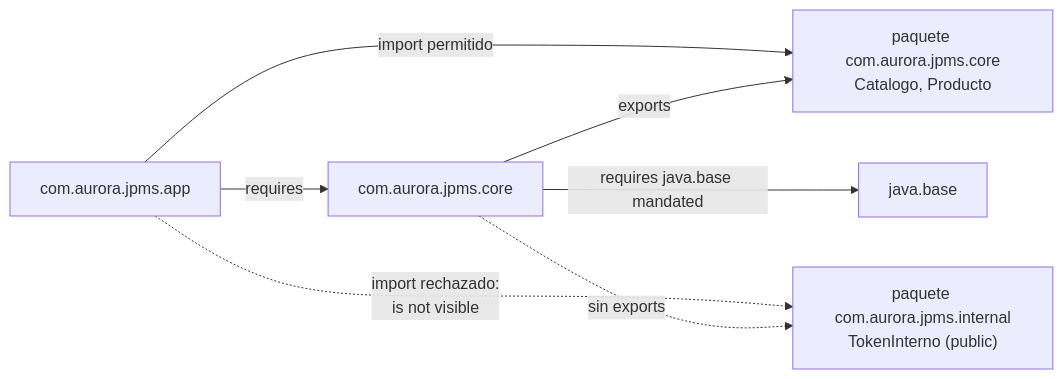
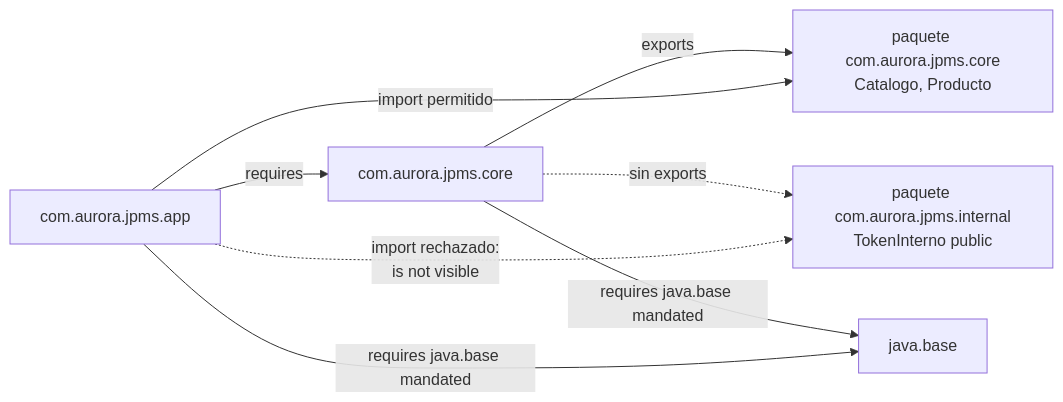
The first of 3 diagrams in web/public/content/java/modulo-10.md (NICORUIZ93/The_Imperial_Book), drawn with Mermaid before and after one commit. The commit also changed other lines of this file and 65 other files, not shown here.

````diff
--- a/web/public/content/java/modulo-10.md
+++ b/web/public/content/java/modulo-10.md
@@ -134,9 +155,10 @@
 ```mermaid
 flowchart LR
   APP["com.aurora.jpms.app"] -- "requires" --> CORE["com.aurora.jpms.core"]
   CORE -- "exports" --> API["paquete com.aurora.jpms.core<br/>Catalogo, Producto"]
-  CORE -. "sin exports" .-> INT["paquete com.aurora.jpms.internal<br/>TokenInterno (public)"]
+  CORE -. "sin exports" .-> INT["paquete com.aurora.jpms.internal<br/>TokenInterno public"]
   APP -- "import permitido" --> API
   APP -. "import rechazado:<br/>is not visible" .-> INT
   CORE -- "requires java.base mandated" --> BASE["java.base"]
+  APP -- "requires java.base mandated" --> BASE
 ```
````
